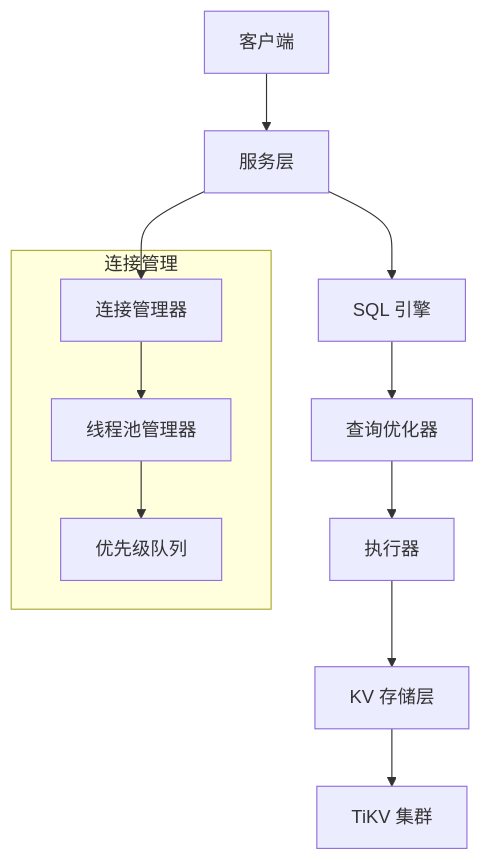
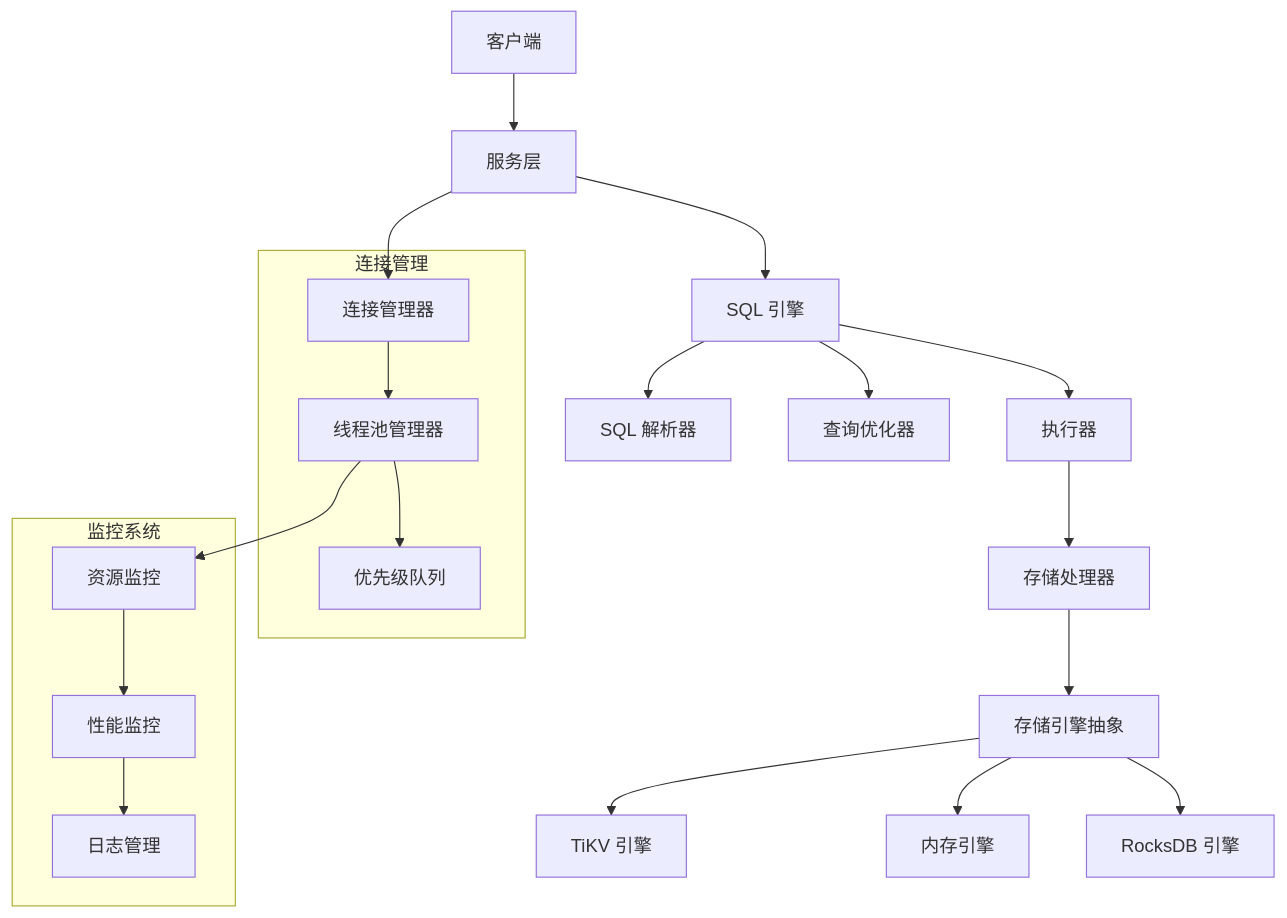
Before and after one commit to sealdb/sealdb: the diagram in README.md, drawn with Mermaid. The commit also changed 24 other files, not shown here.

````diff
--- a/README.md
+++ b/README.md
@@ -34,19 +34,33 @@
 ```mermaid
 graph TB
     Client[客户端] --> Server[服务层]
     Server --> SQL[SQL 引擎]
+    SQL --> Parser[SQL 解析器]
     SQL --> Optimizer[查询优化器]
-    Optimizer --> Executor[执行器]
-    Executor --> KV[KV 存储层]
-    KV --> TiKV[TiKV 集群]
+    SQL --> Executor[执行器]
+    Executor --> StorageHandler[存储处理器]
+    StorageHandler --> StorageEngine[存储引擎抽象]
+    StorageEngine --> TiKVEngine[TiKV 引擎]
+    StorageEngine --> MemoryEngine[内存引擎]
+    StorageEngine --> RocksDBEngine[RocksDB 引擎]
 
     subgraph "连接管理"
         CM[连接管理器]
         TP[线程池管理器]
         PQ[优先级队列]
     end
 
     Server --> CM
     CM --> TP
     TP --> PQ
+
+    subgraph "监控系统"
+        RM[资源监控]
+        PM[性能监控]
+        LM[日志管理]
+    end
+
+    TP --> RM
+    RM --> PM
+    PM --> LM
 ```
````
